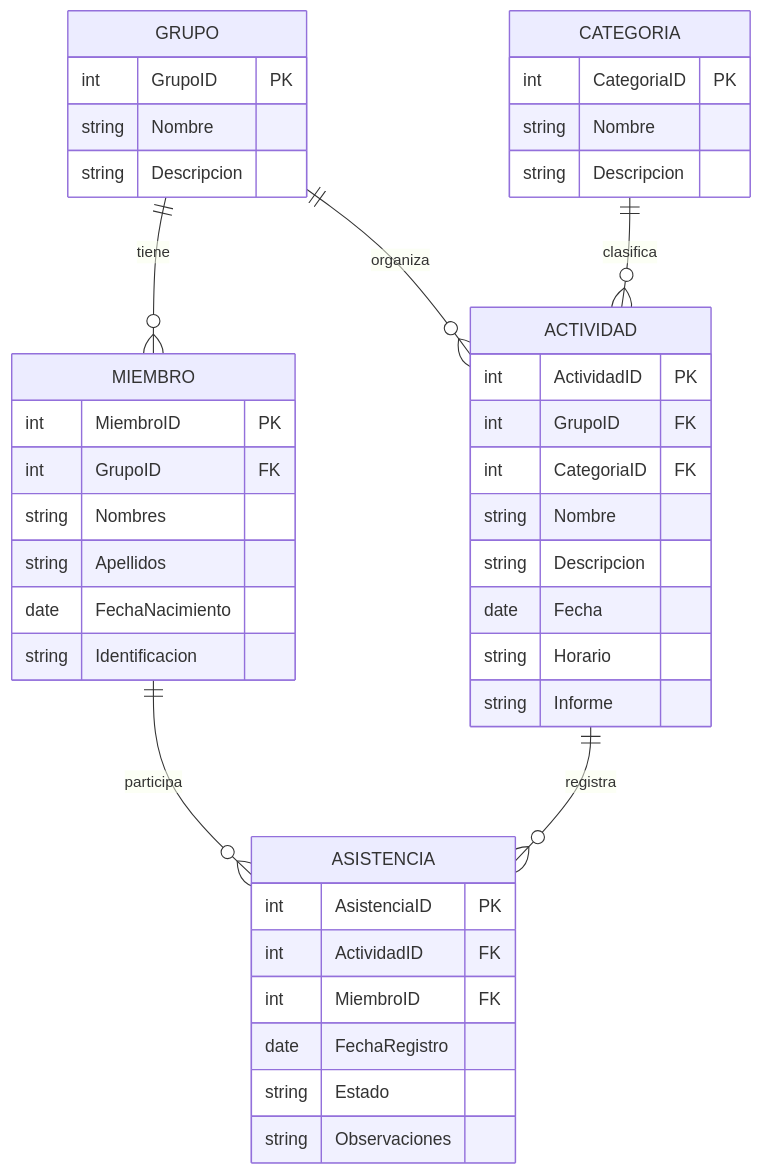
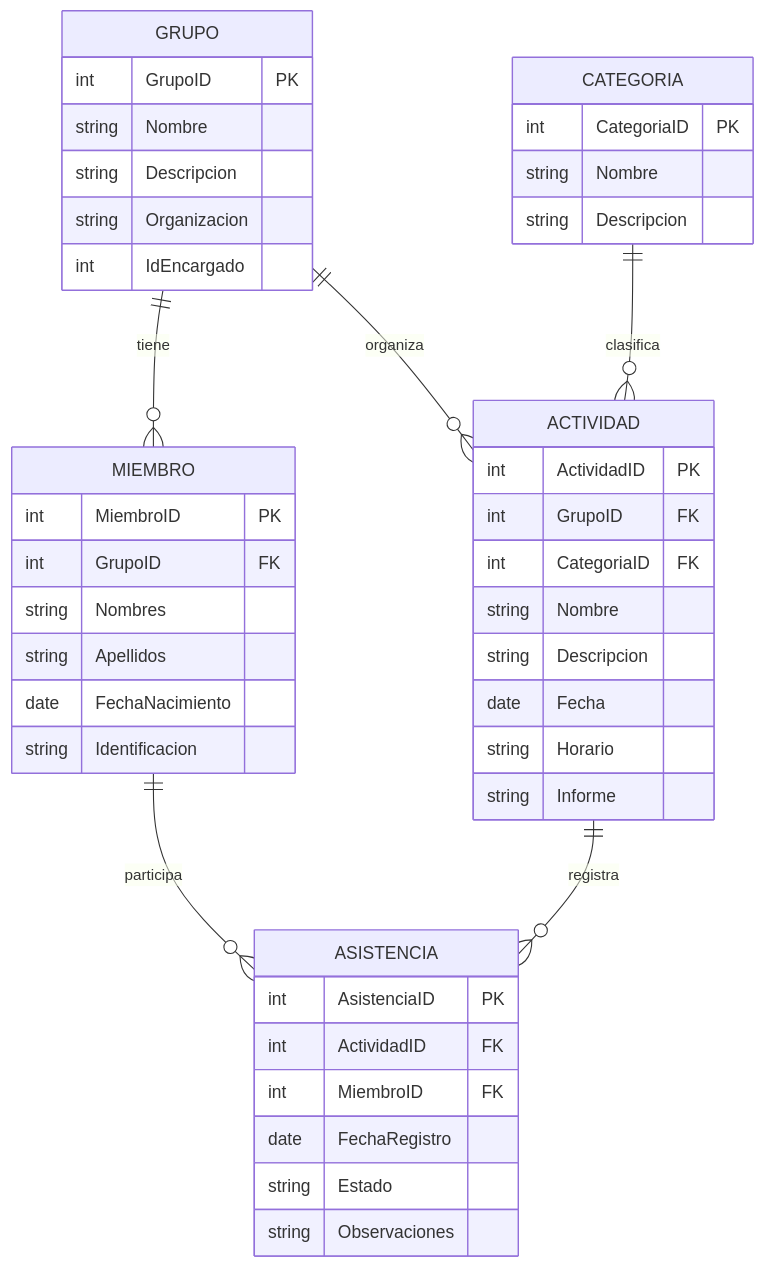
Before and after one commit to serdecomGT/Daniela: the diagram in Investiga/DiagramaER.md, drawn with Mermaid.

Commit message:
Add Organizacion and IdEncargado to GRUPO entity

````diff
--- a/Investiga/DiagramaER.md
+++ b/Investiga/DiagramaER.md
@@ -1,50 +1,52 @@
 ```mermaid
 erDiagram
 
     GRUPO {
         int GrupoID PK
         string Nombre
         string Descripcion
+        string Organizacion
+        int IdEncargado
     }
 
     MIEMBRO {
         int MiembroID PK
         int GrupoID FK
         string Nombres
         string Apellidos
         date FechaNacimiento
         string Identificacion
     }
 
     CATEGORIA {
         int CategoriaID PK
         string Nombre
         string Descripcion
     }
 
     ACTIVIDAD {
         int ActividadID PK
         int GrupoID FK
         int CategoriaID FK
         string Nombre
         string Descripcion
         date Fecha
         string Horario
         string Informe
     }
 
     ASISTENCIA {
         int AsistenciaID PK
         int ActividadID FK
         int MiembroID FK
         date FechaRegistro
         string Estado
         string Observaciones
     }
 
     GRUPO ||--o{ MIEMBRO : "tiene"
     GRUPO ||--o{ ACTIVIDAD : "organiza"
     CATEGORIA ||--o{ ACTIVIDAD : "clasifica"
     ACTIVIDAD ||--o{ ASISTENCIA : "registra"
     MIEMBRO ||--o{ ASISTENCIA : "participa"
 ```
````
